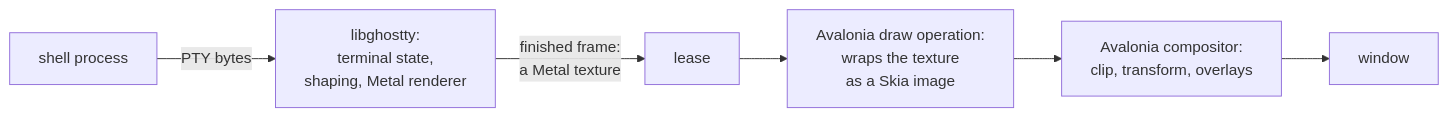
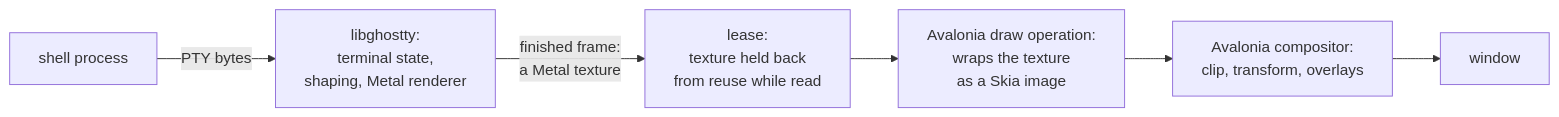
Before and after one commit to CommanderTvis/writing: the diagram in sharprail-avalonia/README.md, drawn with Mermaid. The commit also changed other lines of this file, not shown here.

Commit message:
sharprail-avalonia: clarify rewrite history and rendering architecture

````diff
--- a/sharprail-avalonia/README.md
+++ b/sharprail-avalonia/README.md
@@ -92,8 +98,8 @@
 ```mermaid
 flowchart LR
     P[shell process] -->|PTY bytes| G[libghostty:<br/>terminal state,<br/>shaping, Metal renderer]
-    G -->|finished frame:<br/>a Metal texture| L[lease]
+    G -->|finished frame:<br/>a Metal texture| L[lease:<br/>texture held back<br/>from reuse while read]
     L --> D[Avalonia draw operation:<br/>wraps the texture<br/>as a Skia image]
     D --> C[Avalonia compositor:<br/>clip, transform, overlays]
     C --> W[window]
 ```
````
